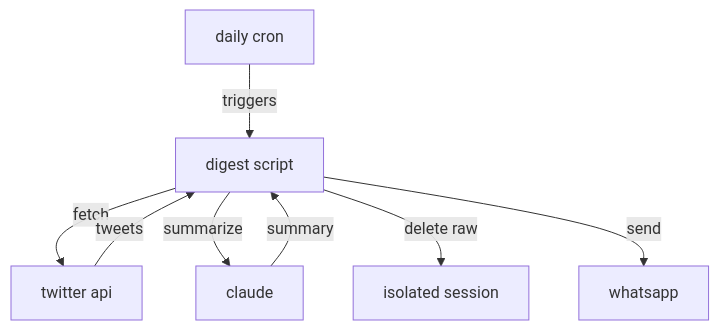
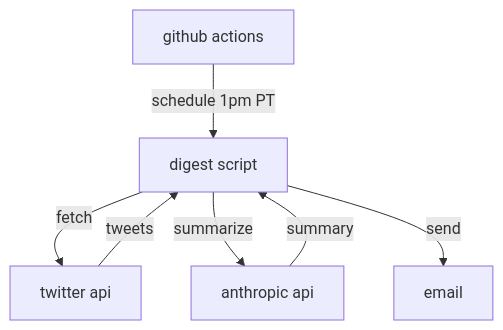
The diagram in architecture.mmd (mlekhi/claw-digest), drawn with Mermaid before and after one commit. The commit also changed 4 other files, not shown here.

````diff
--- a/architecture.mmd
+++ b/architecture.mmd
@@ -1,17 +1,15 @@
 ```mermaid
 flowchart TD
-    CronJob[daily cron]
+    GitHubActions[github actions]
+    DigestScript[digest script]
     TwitterAPI[twitter api]
-    DigestScript[digest script]
-    ClaudeAPI[claude]
-    WhatsApp[whatsapp]
-    IsolatedSession[isolated session]
-    
-    CronJob -->|triggers| DigestScript
+    AnthropicAPI[anthropic api]
+    Email[email]
+
+    GitHubActions -->|schedule 1pm PT| DigestScript
     DigestScript -->|fetch| TwitterAPI
     TwitterAPI -->|tweets| DigestScript
-    DigestScript -->|summarize| ClaudeAPI
-    ClaudeAPI -->|summary| DigestScript
-    DigestScript -->|delete raw| IsolatedSession
-    DigestScript -->|send| WhatsApp
+    DigestScript -->|summarize| AnthropicAPI
+    AnthropicAPI -->|summary| DigestScript
+    DigestScript -->|send| Email
 ```
````
